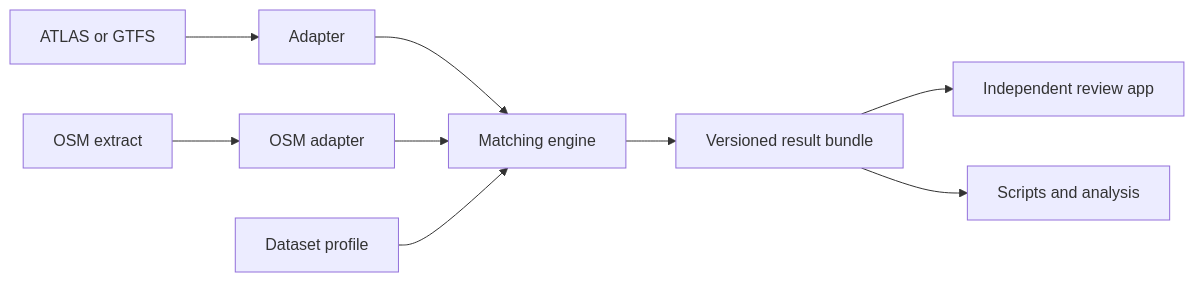
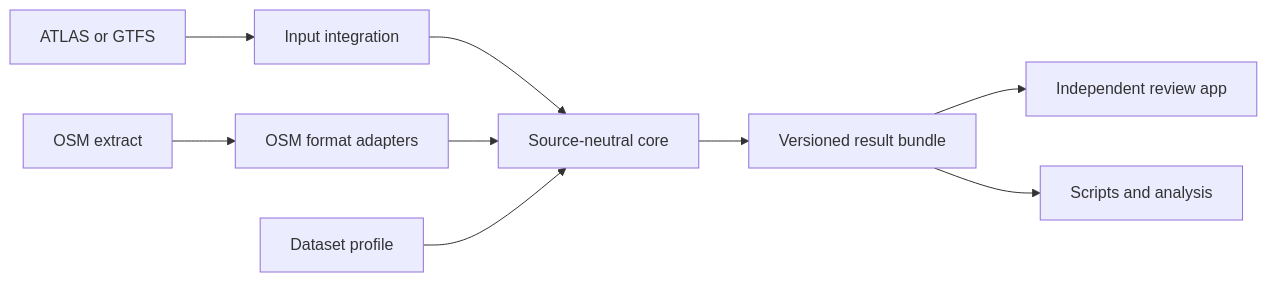
Before and after one commit to openTdataCH/stop_sync_osm_atlas: the diagram in engine/README.md, drawn with Mermaid. The commit also changed other lines of this file and 38 other files, not shown here.

First line of the commit message:
Refactor GTFS and OSM route processing

````diff
--- a/engine/README.md
+++ b/engine/README.md
@@ -7,11 +7,11 @@
 ```mermaid
 flowchart LR
-    A[ATLAS or GTFS] --> B[Adapter]
-    O[OSM extract] --> C[OSM adapter]
-    B --> E[Matching engine]
+    A[ATLAS or GTFS] --> B[Input integration]
+    O[OSM extract] --> C[OSM format adapters]
+    B --> E[Source-neutral core]
     C --> E
     P[Dataset profile] --> E
     E --> R[Versioned result bundle]
     R --> W[Independent review app]
     R --> S[Scripts and analysis]
 ```
````
